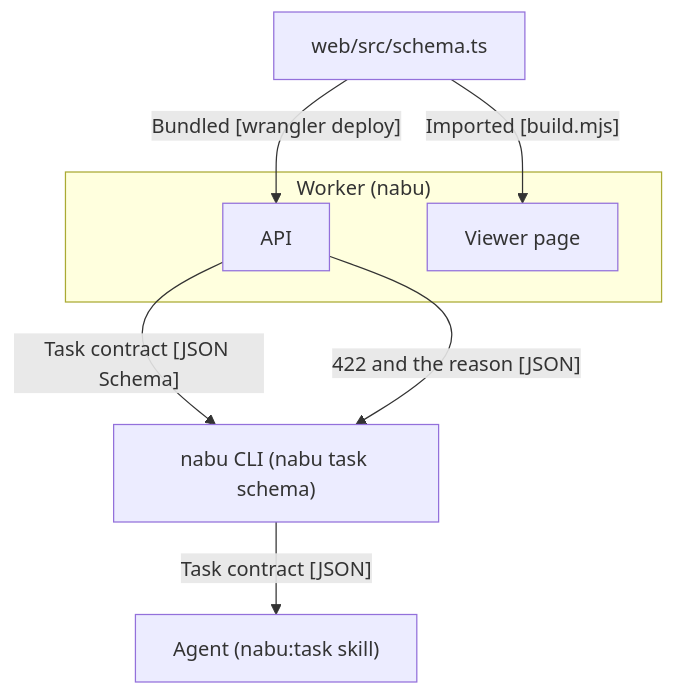
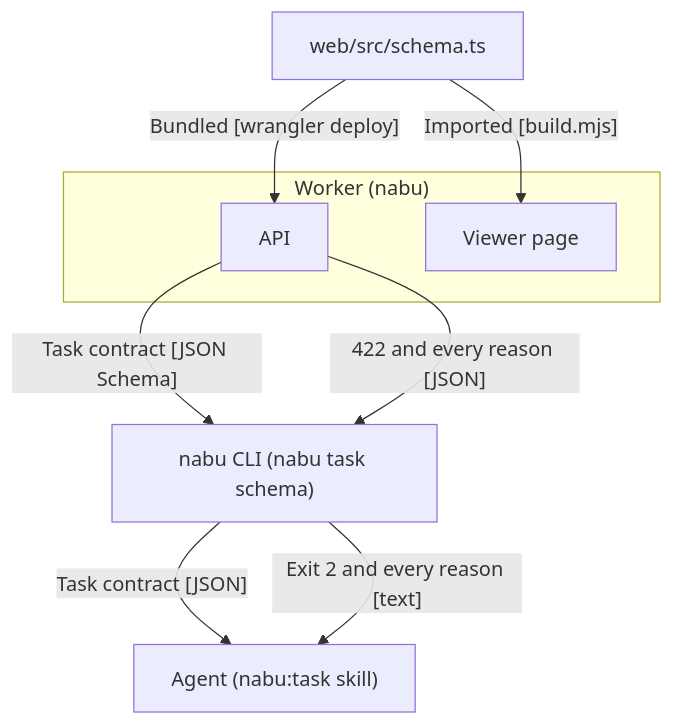
Before and after one commit to gitt510/nabu: the fourth of 4 diagrams in docs/architecture.md, drawn with Mermaid. The commit also changed other lines of this file, not shown here.

Commit message:
docs: carry every reason of a refusal through the CLI to the agent

````diff
--- a/docs/architecture.md
+++ b/docs/architecture.md
@@ -67,15 +67,16 @@
 ```mermaid
 flowchart TD
   schema["web/src/schema.ts"]
 
   subgraph worker_box["Worker (nabu)"]
     api["API"]
     page["Viewer page"]
   end
 
   schema -- "Bundled [wrangler deploy]" --> api
   schema -- "Imported [build.mjs]" --> page
   api -- "Task contract [JSON Schema]" --> cli["nabu CLI (nabu task schema)"]
-  api -- "422 and the reason [JSON]" --> cli
+  api -- "422 and every reason [JSON]" --> cli
   cli -- "Task contract [JSON]" --> agent["Agent (nabu:task skill)"]
+  cli -- "Exit 2 and every reason [text]" --> agent
 ```
````
